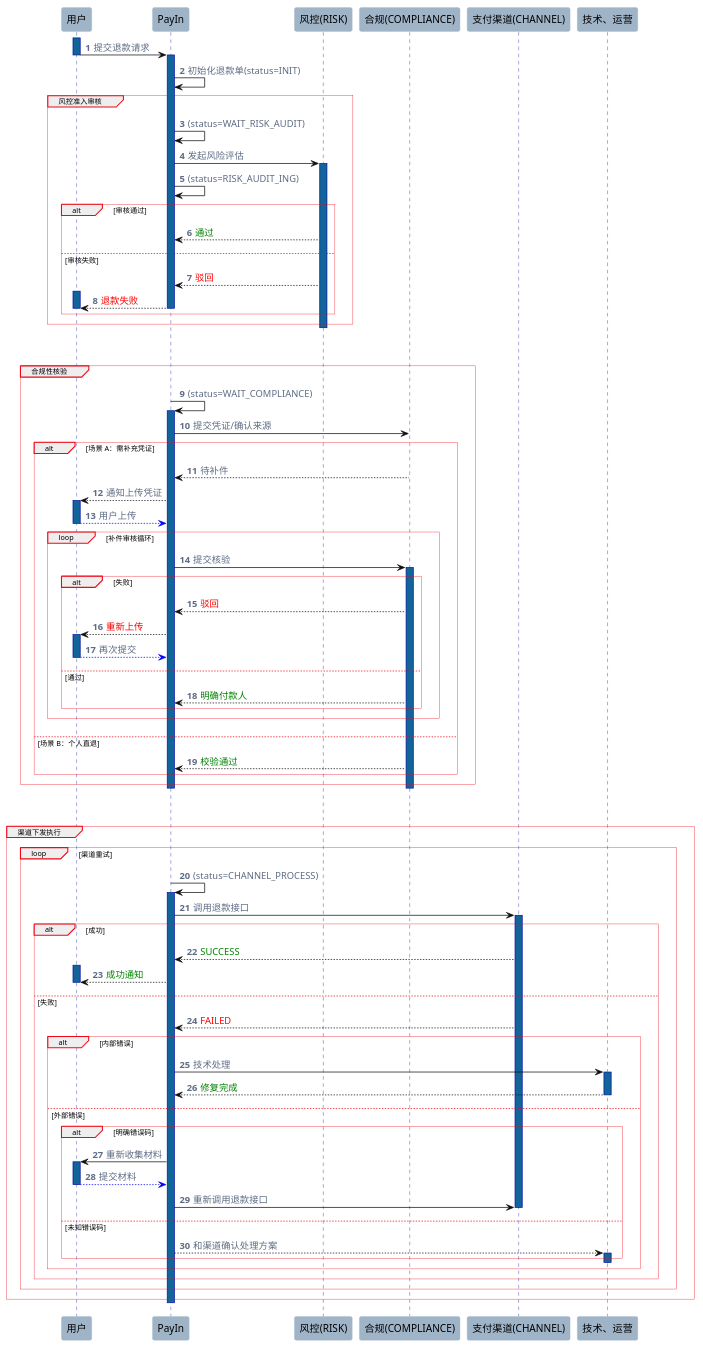
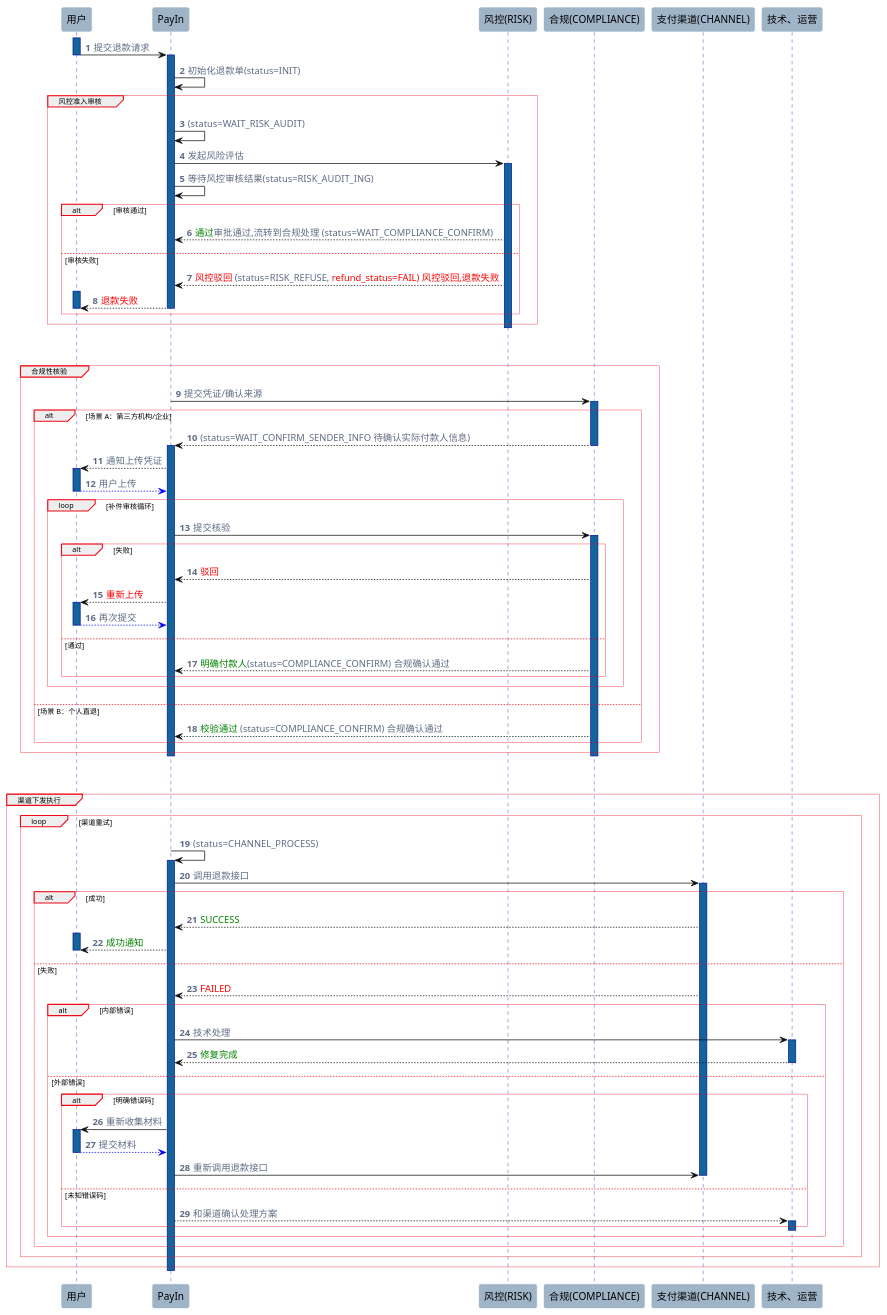
Before and after one commit to lancelothuxi/mock-runner-plugin: the diagram in refund.puml, drawn with PlantUML. The commit also changed 1 other file, not shown here.

```diff
--- a/refund.puml
+++ b/refund.puml
@@ -1,139 +1,139 @@
 @startuml
 !pragma teoz true
 
 skinparam sequenceGroupHeaderFontStyle plain
 skinparam sequence {
   LifeLineBorderColor #0a14a4ff
   LifeLineBorderThickness 2
   LifeLineBackgroundColor #116599ff
   ParticipantBorderColor #A0B4C8
   ParticipantBackgroundColor #A0B4C8
   GroupHeaderFontSize 10
   GroupBorderColor #f00817ff
   GroupBorderThickness 0.5
 }
 
 skinparam sequenceGroupFontSize 10
 skinparam SequenceGroupFontStyle plain
 skinparam sequenceGroupHeaderFontSize 10
 
 
 skinparam Arrow {
   color #0e0f0fff
   thickness 1
   fontColor #5E6C84
 }
 
 skinparam Note {
   backgroundColor #E6F0FF
   borderColor #A4C6FF
   fontColor #1F2328
   roundCorner 6
 }
 
 participant "用户" as User
 participant "PayIn" as Payin
 participant "风控(RISK)" as Risk
 participant "合规(COMPLIANCE)" as Compliance
 participant "支付渠道(CHANNEL)" as Channel
 participant "技术、运营" as Ops
 
 autonumber
 
 activate User
 User -> Payin: 提交退款请求
 deactivate User
 
 activate Payin
 Payin -> Payin: 初始化退款单(status=INIT)
 
 group 风控准入审核
   Payin -> Payin: (status=WAIT_RISK_AUDIT)
   Payin -> Risk++: 发起风险评估
-  Payin -> Payin: (status=RISK_AUDIT_ING)
+  Payin -> Payin: 等待风控审核结果(status=RISK_AUDIT_ING)
 
   alt 审核通过
-    Risk --> Payin: <color:green>通过</color>
+    Risk --> Payin: <color:green>通过</color>审批通过,流转到合规处理 (status=WAIT_COMPLIANCE_CONFIRM)
   else 审核失败
-    Risk --> Payin: <color:red>驳回</color>
+    Risk --> Payin: <color:red>风控驳回</color> (status=RISK_REFUSE, <color:red>refund_status=FAIL) 风控驳回,退款失败
     User++
     Payin --> User--: <color:red>退款失败</color>
     User--
   end
     Risk--
 end
 deactivate Payin
 
 ||40||
 
 group 合规性核验
-  Payin -> Payin++: (status=WAIT_COMPLIANCE)
-  Payin -> Compliance: 提交凭证/确认来源
+  Payin -> Compliance++: 提交凭证/确认来源
 
-  alt 场景 A：需补充凭证
-    Compliance --> Payin: 待补件
+  alt 场景 A：第三方机构/企业
+    Compliance --> Payin++: (status=WAIT_CONFIRM_SENDER_INFO 待确认实际付款人信息)
+    Compliance--
     Payin --> User++: 通知上传凭证
     User --[#blue]> Payin: 用户上传
     User--
 
     loop 补件审核循环
       Payin -> Compliance++: 提交核验
       alt 失败
         Compliance --> Payin: <color:red>驳回</color>
         Payin --> User++: <color:red>重新上传</color>
         User --[#blue]> Payin: 再次提交
         User--
       else 通过
-        Compliance --> Payin: <color:green>明确付款人</color>
+        Compliance --> Payin: <color:green>明确付款人</color>(status=COMPLIANCE_CONFIRM) 合规确认通过
       end
     end
   else 场景 B：个人直退
-    Compliance --> Payin: <color:green>校验通过</color>
+    Compliance --> Payin: <color:green>校验通过</color> (status=COMPLIANCE_CONFIRM) 合规确认通过
   end
   Compliance--
   Payin--
 end
 
 ||40||
 
 group 渠道下发执行
   loop 渠道重试
     Payin -> Payin++: (status=CHANNEL_PROCESS)
     Payin -> Channel++: 调用退款接口
 
     alt 成功
       Channel --> Payin: <color:green>SUCCESS</color>
       User++
       Payin --> User: <color:green>成功通知</color>
       User--
     else 失败
       Channel --> Payin: <color:red>FAILED</color>
 
       alt 内部错误
         Payin -> Ops++: 技术处理
         Ops --> Payin: <color:green>修复完成</color>
         Ops--
       else 外部错误
         alt 明确错误码
              Payin -> User++: 重新收集材料
              User --[#blue]> Payin: 提交材料
              User--
              Payin-> Channel: 重新调用退款接口
              Channel--
         else 未知错误码
             Payin --> Ops: 和渠道确认处理方案
             Ops++
             Ops--
             User--
         end
 
       end
     end
     Channel--
   end
   Payin--
 end
 
 deactivate Payin
 
 @enduml
```
